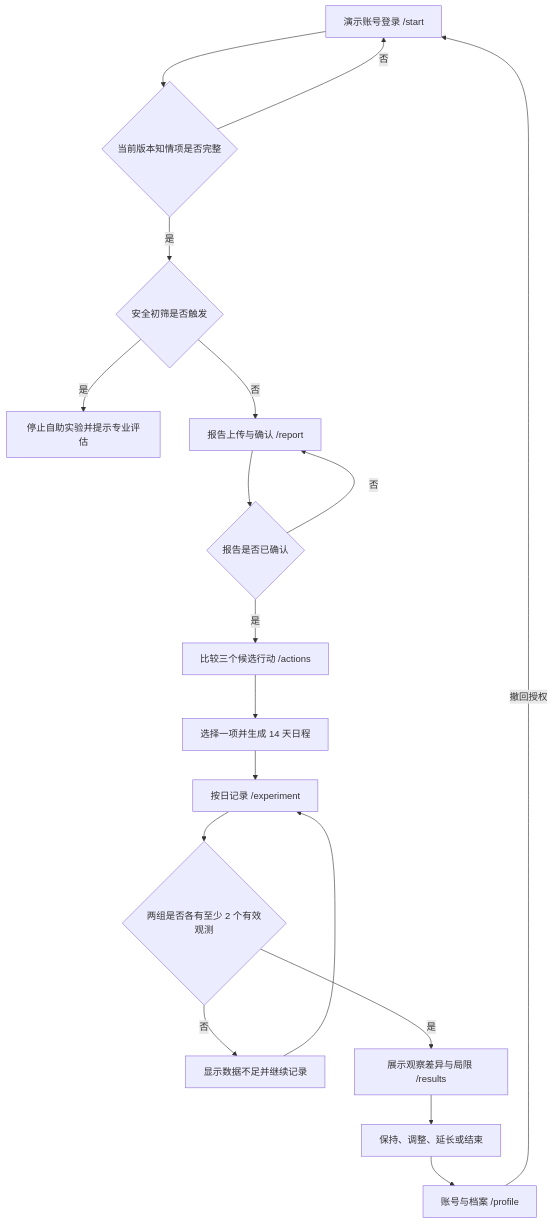
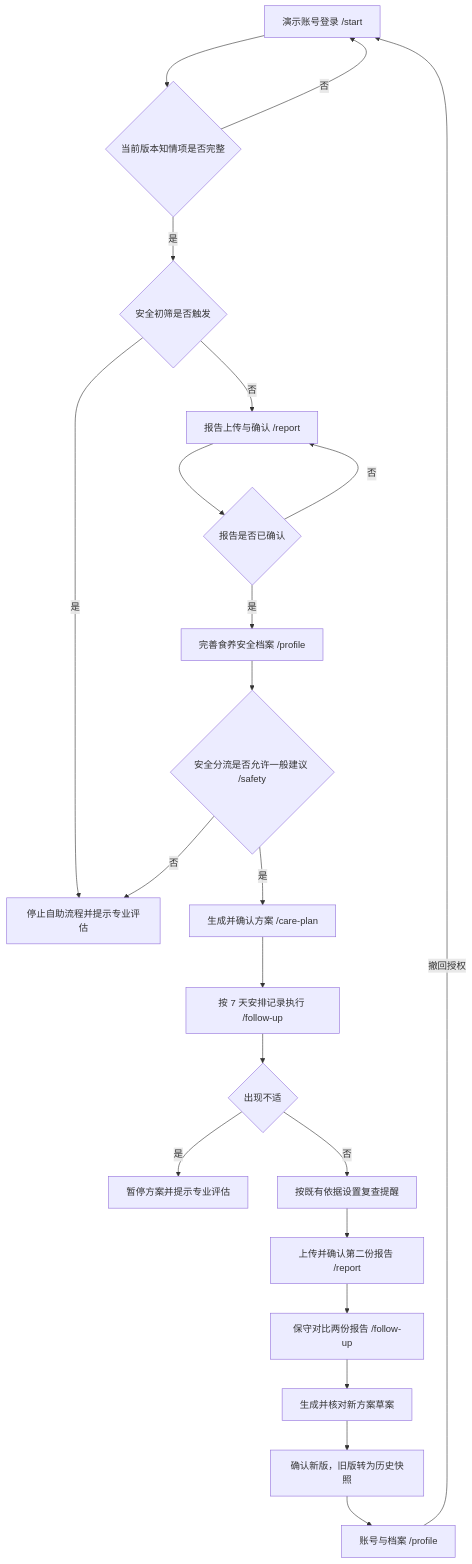
The diagram in docs/UX_FLOW.md (Ducklett404/YunSync), drawn with Mermaid before and after one commit. The commit also changed other lines of this file and 31 other files, not shown here.

````diff
--- a/docs/UX_FLOW.md
+++ b/docs/UX_FLOW.md
@@ -9,20 +9,24 @@
 ```mermaid
 flowchart TD
     A[演示账号登录 /start] --> B{当前版本知情项是否完整}
     B -- 否 --> A
     B -- 是 --> C{安全初筛是否触发}
-    C -- 是 --> S[停止自助实验并提示专业评估]
+    C -- 是 --> S[停止自助流程并提示专业评估]
     C -- 否 --> D[报告上传与确认 /report]
     D --> E{报告是否已确认}
     E -- 否 --> D
-    E -- 是 --> F[比较三个候选行动 /actions]
-    F --> G[选择一项并生成 14 天日程]
-    G --> H[按日记录 /experiment]
-    H --> I{两组是否各有至少 2 个有效观测}
-    I -- 否 --> J[显示数据不足并继续记录]
-    I -- 是 --> K[展示观察差异与局限 /results]
-    J --> H
-    K --> L[保持、调整、延长或结束]
-    L --> M[账号与档案 /profile]
-    M -->|撤回授权| A
+    E -- 是 --> F[完善食养安全档案 /profile]
+    F --> G{安全分流是否允许一般建议 /safety}
+    G -- 否 --> S
+    G -- 是 --> H[生成并确认方案 /care-plan]
+    H --> I[按 7 天安排记录执行 /follow-up]
+    I --> J{出现不适}
+    J -- 是 --> S2[暂停方案并提示专业评估]
+    J -- 否 --> K[按既有依据设置复查提醒]
+    K --> L[上传并确认第二份报告 /report]
+    L --> M[保守对比两份报告 /follow-up]
+    M --> N[生成并核对新方案草案]
+    N --> O[确认新版，旧版转为历史快照]
+    O --> P[账号与档案 /profile]
+    P -->|撤回授权| A
 ```
````
